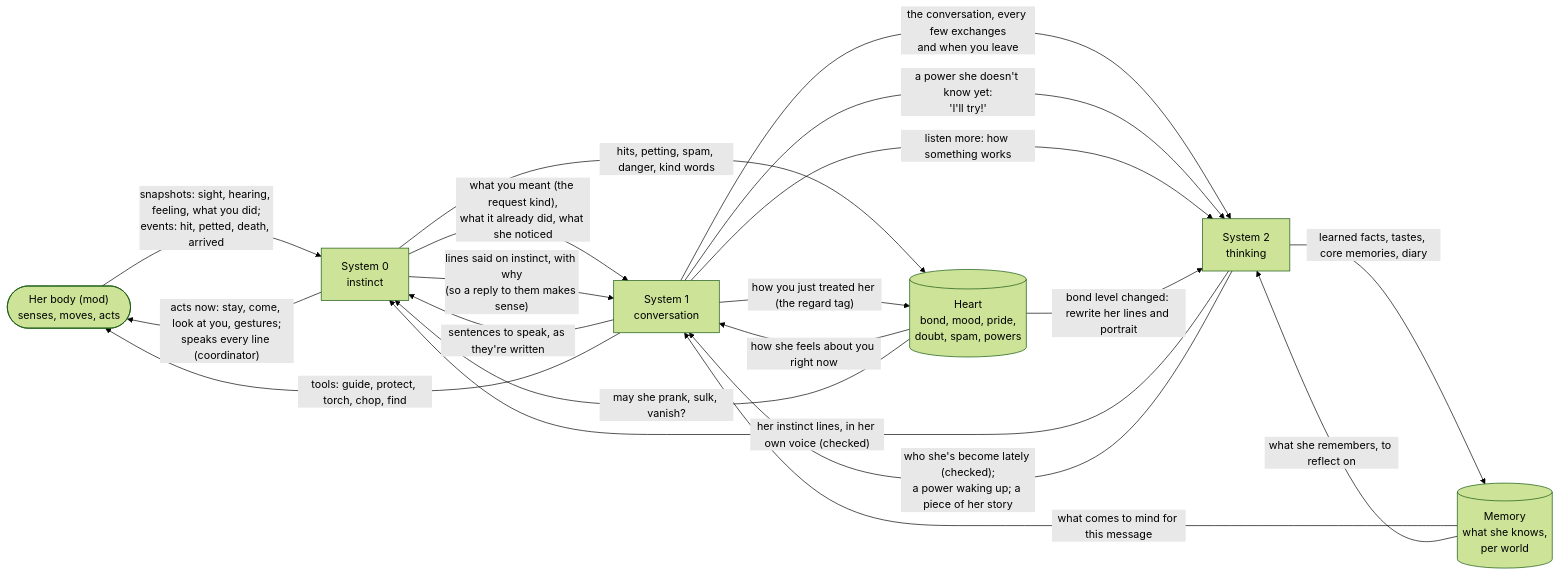
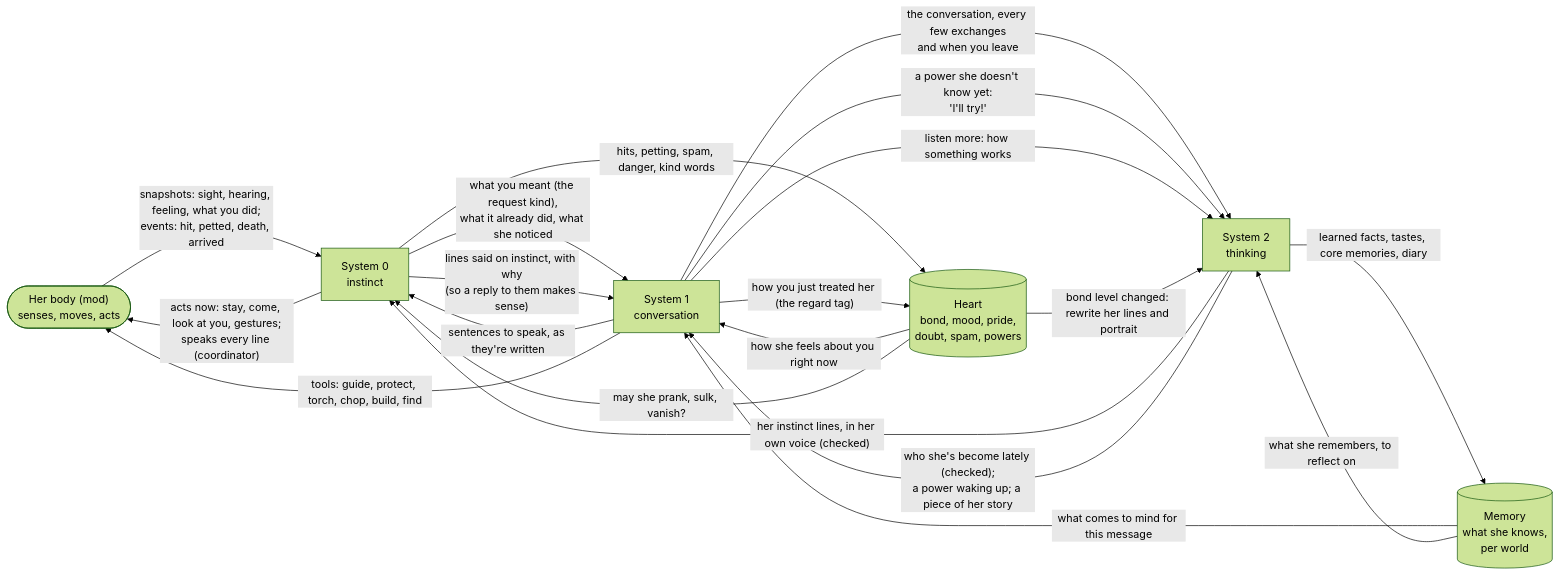
The second of 4 diagrams in docs/ARCHITECTURE.md (PetitPotam/kindred-spirit), drawn with Mermaid (forest theme) before and after one commit. The commit also changed other lines of this file and 17 other files, not shown here.

````diff
--- a/docs/ARCHITECTURE.md
+++ b/docs/ARCHITECTURE.md
@@ -67,29 +67,29 @@
 ```mermaid
 flowchart LR
   body(["Her body (mod)<br/>senses, moves, acts"])
   s0["System 0<br/>instinct"]
   s1["System 1<br/>conversation"]
   s2["System 2<br/>thinking"]
   heart[("Heart<br/>bond, mood, pride,<br/>doubt, spam, powers")]
   mem[("Memory<br/>what she knows,<br/>per world")]
 
   body -- "snapshots: sight, hearing, feeling, what you did;<br/>events: hit, petted, death, arrived" --> s0
   s0 -- "acts now: stay, come, look at you, gestures;<br/>speaks every line (coordinator)" --> body
   s0 -- "what you meant (the request kind),<br/>what it already did, what she noticed" --> s1
   s0 -- "lines said on instinct, with why<br/>(so a reply to them makes sense)" --> s1
   s1 -- "sentences to speak, as they're written" --> s0
-  s1 -- "tools: guide, protect, torch, chop, find" --> body
+  s1 -- "tools: guide, protect, torch, chop, build, find" --> body
   s1 -- "the conversation, every few exchanges<br/>and when you leave" --> s2
   s1 -- "a power she doesn't know yet:<br/>'I'll try!'" --> s2
   s1 -- "listen more: how something works" --> s2
   s2 -- "her instinct lines, in her own voice (checked)" --> s0
   s2 -- "who she's become lately (checked);<br/>a power waking up; a piece of her story" --> s1
   s2 -- "learned facts, tastes, core memories, diary" --> mem
   mem -- "what comes to mind for this message" --> s1
   mem -- "what she remembers, to reflect on" --> s2
   s0 -- "hits, petting, spam, danger, kind words" --> heart
   s1 -- "how you just treated her (the regard tag)" --> heart
   heart -- "how she feels about you right now" --> s1
   heart -- "bond level changed: rewrite her lines and portrait" --> s2
   heart -- "may she prank, sulk, vanish?" --> s0
 ```
````
